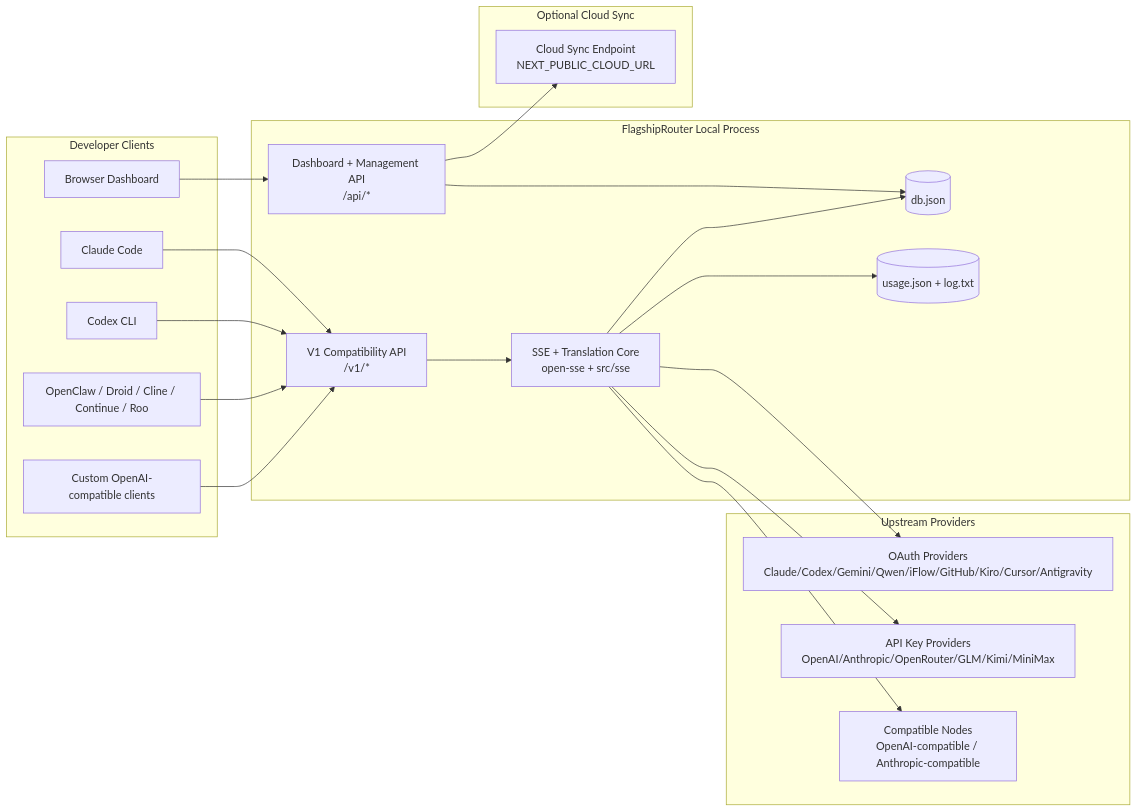
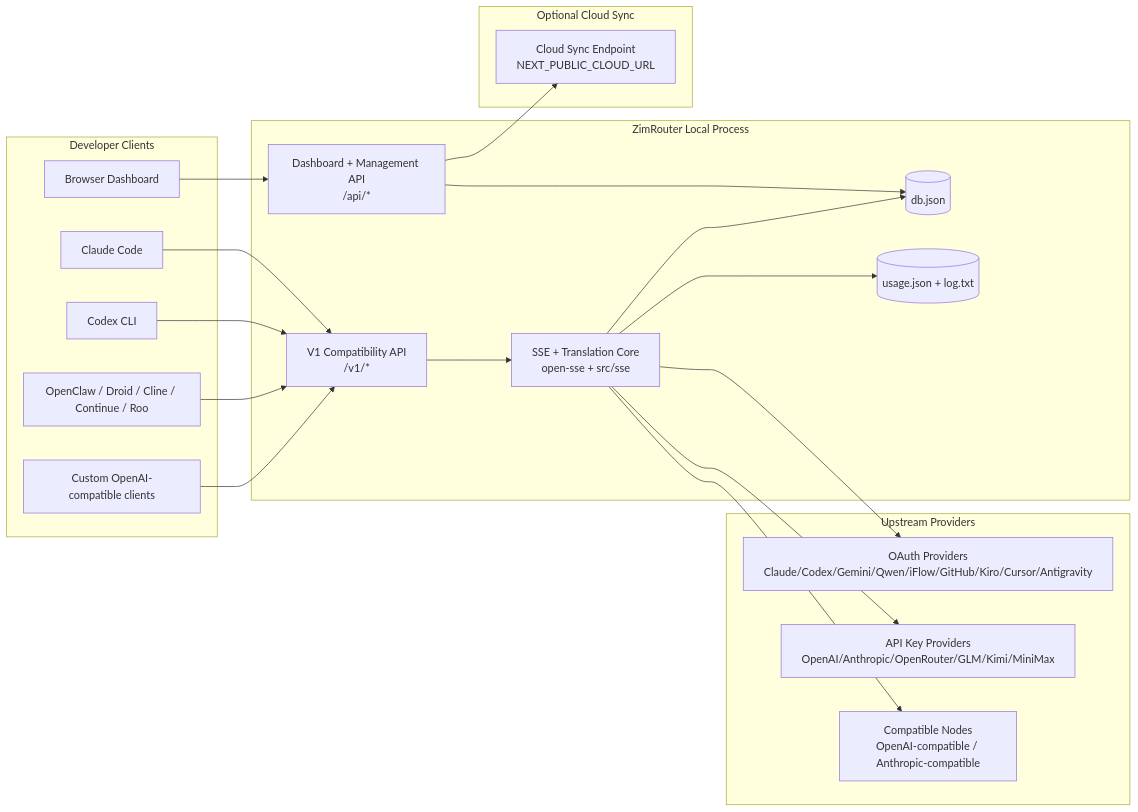
One commit to Mr-Destroyer/Zim-Codex changed the first of 7 diagrams in docs/ARCHITECTURE.md. Above: the diagram before and after it, drawn with Mermaid. The commit also changed other lines of this file and 1498 other files, not shown here.

````diff
--- a/docs/ARCHITECTURE.md
+++ b/docs/ARCHITECTURE.md
@@ -45,45 +45,45 @@
 ```mermaid
 flowchart LR
     subgraph Clients[Developer Clients]
         C1[Claude Code]
         C2[Codex CLI]
         C3[OpenClaw / Droid / Cline / Continue / Roo]
         C4[Custom OpenAI-compatible clients]
         BROWSER[Browser Dashboard]
     end
 
-    subgraph Router[FlagshipRouter Local Process]
+    subgraph Router[ZimRouter Local Process]
         API[V1 Compatibility API\n/v1/*]
         DASH[Dashboard + Management API\n/api/*]
         CORE[SSE + Translation Core\nopen-sse + src/sse]
         DB[(db.json)]
         UDB[(usage.json + log.txt)]
     end
 
     subgraph Upstreams[Upstream Providers]
         P1[OAuth Providers\nClaude/Codex/Gemini/Qwen/iFlow/GitHub/Kiro/Cursor/Antigravity]
         P2[API Key Providers\nOpenAI/Anthropic/OpenRouter/GLM/Kimi/MiniMax]
         P3[Compatible Nodes\nOpenAI-compatible / Anthropic-compatible]
     end
 
     subgraph Cloud[Optional Cloud Sync]
         CLOUD[Cloud Sync Endpoint\nNEXT_PUBLIC_CLOUD_URL]
     end
 
     C1 --> API
     C2 --> API
     C3 --> API
     C4 --> API
     BROWSER --> DASH
 
     API --> CORE
     DASH --> DB
     CORE --> DB
     CORE --> UDB
 
     CORE --> P1
     CORE --> P2
     CORE --> P3
 
     DASH --> CLOUD
 ```
````
